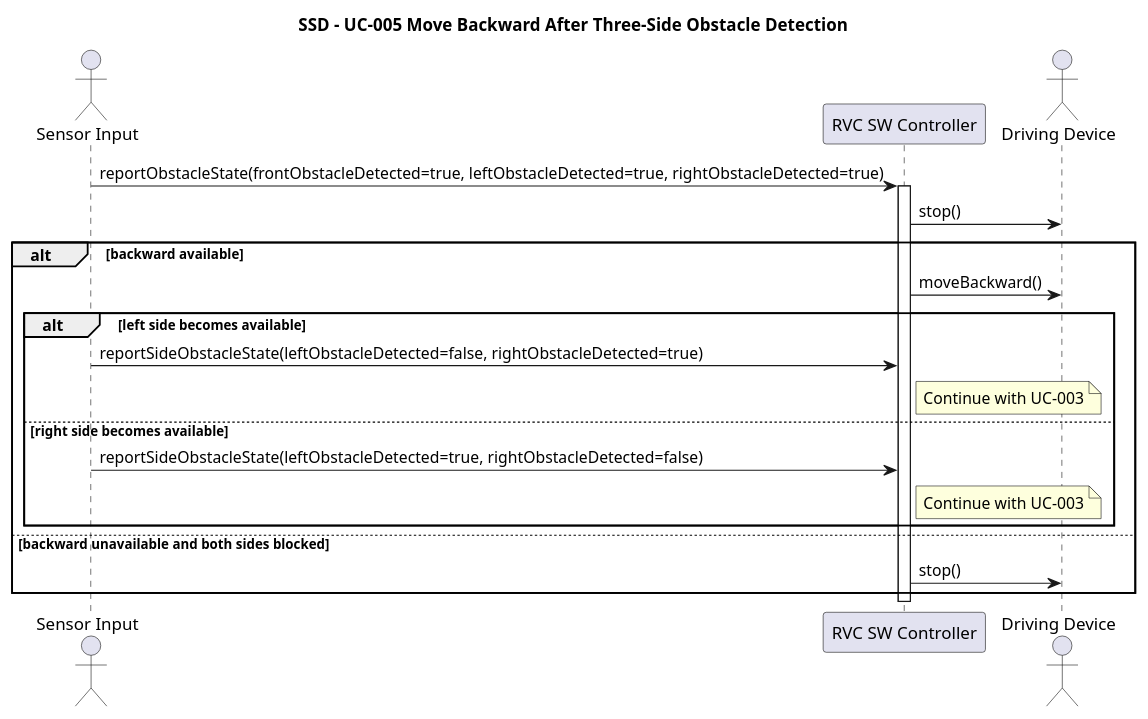
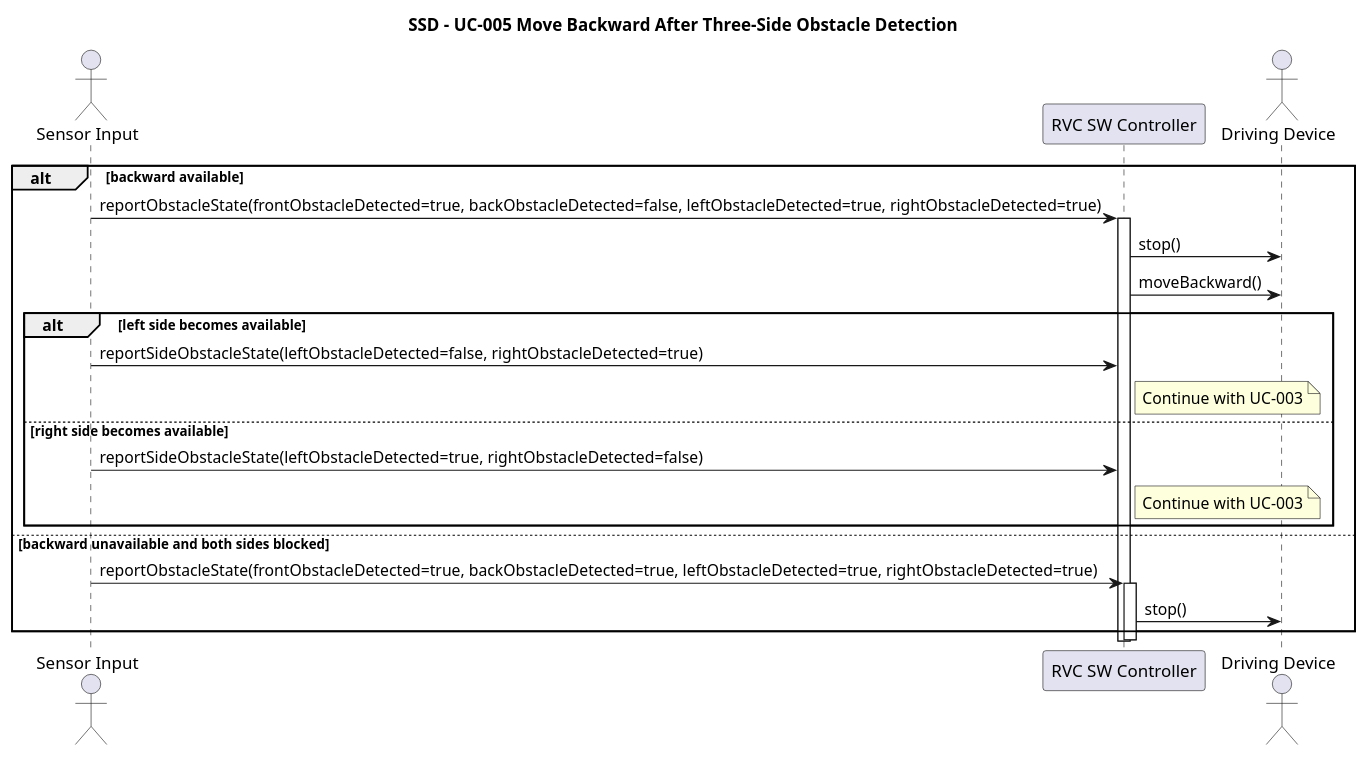
Before and after one commit to OOAD-Team3/Robot-Vacuum-Cleaner-AI: the diagram in docs/ssd/UC-005.puml, drawn with PlantUML. The commit also changed 9 other files, not shown here.

```diff
--- a/docs/ssd/UC-005.puml
+++ b/docs/ssd/UC-005.puml
@@ -1,25 +1,26 @@
 @startuml SSD_UC005_Backward_On_Three_Side_Obstacle
 title SSD - UC-005 Move Backward After Three-Side Obstacle Detection
 
 actor "Sensor Input" as Sensor
 participant "RVC SW Controller" as System
 actor "Driving Device" as Drive
 
-Sensor -> System: reportObstacleState(frontObstacleDetected=true, leftObstacleDetected=true, rightObstacleDetected=true)
-activate System
-System -> Drive: stop()
-
 alt backward available
+    Sensor -> System: reportObstacleState(frontObstacleDetected=true, backObstacleDetected=false, leftObstacleDetected=true, rightObstacleDetected=true)
+    activate System
+    System -> Drive: stop()
     System -> Drive: moveBackward()
     alt left side becomes available
         Sensor -> System: reportSideObstacleState(leftObstacleDetected=false, rightObstacleDetected=true)
         note right of System: Continue with UC-003
     else right side becomes available
         Sensor -> System: reportSideObstacleState(leftObstacleDetected=true, rightObstacleDetected=false)
         note right of System: Continue with UC-003
     end
 else backward unavailable and both sides blocked
+    Sensor -> System: reportObstacleState(frontObstacleDetected=true, backObstacleDetected=true, leftObstacleDetected=true, rightObstacleDetected=true)
+    activate System
     System -> Drive: stop()
 end
 deactivate System
 @enduml
```
